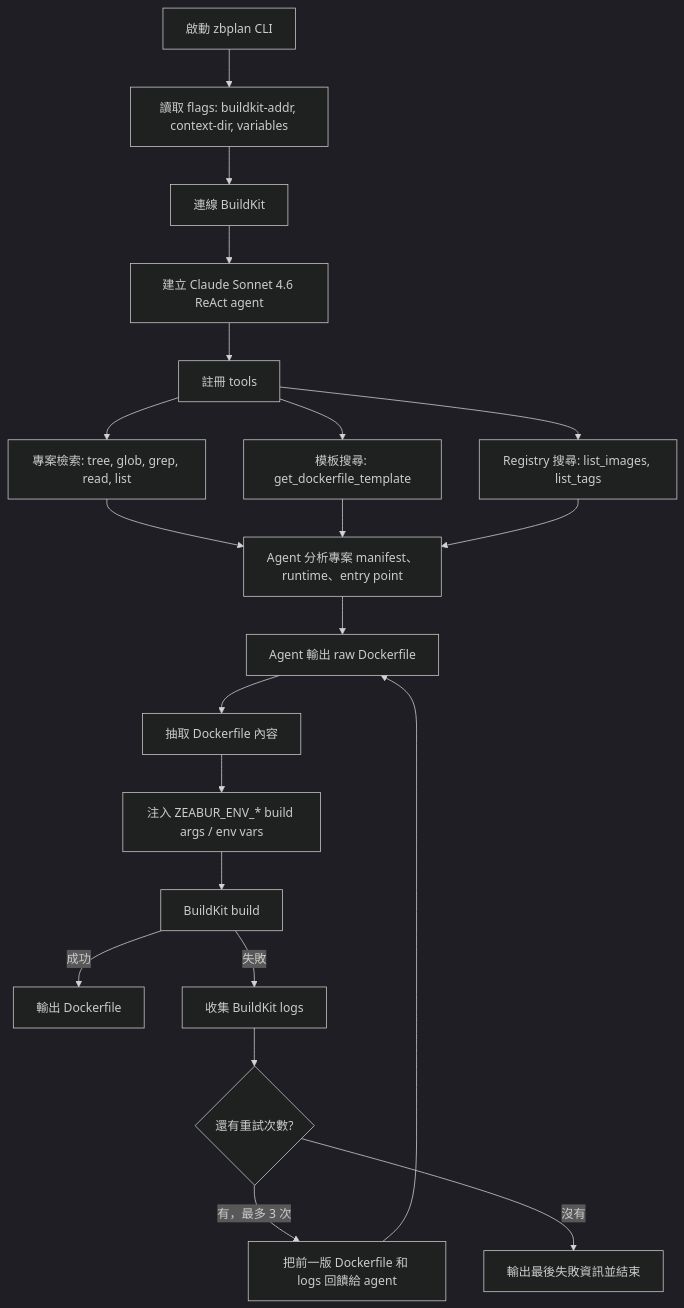
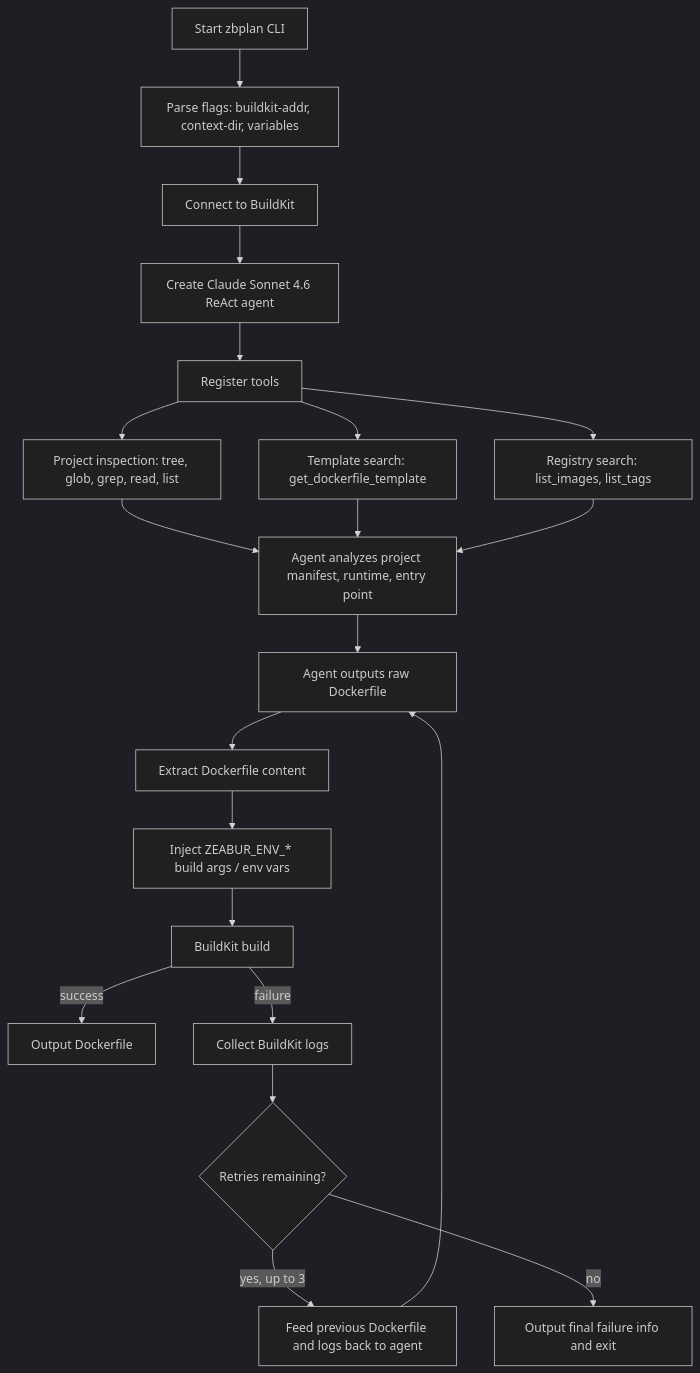
One commit to zeabur/zbplan changed the diagram in README.md. Above: the diagram before and after it, drawn with Mermaid (dark theme). The commit also changed other lines of this file and 1 other file, not shown here.

````diff
--- a/README.md
+++ b/README.md
@@ -31,27 +101,27 @@
 ```mermaid
 flowchart TD
-    A[啟動 zbplan CLI] --> B[讀取 flags: buildkit-addr, context-dir, variables]
-    B --> C[連線 BuildKit]
-    C --> D[建立 Claude Sonnet 4.6 ReAct agent]
-    D --> E[註冊 tools]
+    A[Start zbplan CLI] --> B[Parse flags: buildkit-addr, context-dir, variables]
+    B --> C[Connect to BuildKit]
+    C --> D[Create Claude Sonnet 4.6 ReAct agent]
+    D --> E[Register tools]
 
-    E --> E1[專案檢索: tree, glob, grep, read, list]
-    E --> E2[模板搜尋: get_dockerfile_template]
-    E --> E3[Registry 搜尋: list_images, list_tags]
+    E --> E1[Project inspection: tree, glob, grep, read, list]
+    E --> E2[Template search: get_dockerfile_template]
+    E --> E3[Registry search: list_images, list_tags]
 
-    E1 --> F[Agent 分析專案 manifest、runtime、entry point]
+    E1 --> F[Agent analyzes project manifest, runtime, entry point]
     E2 --> F
     E3 --> F
 
-    F --> G[Agent 輸出 raw Dockerfile]
-    G --> H[抽取 Dockerfile 內容]
-    H --> I[注入 ZEABUR_ENV_* build args / env vars]
+    F --> G[Agent outputs raw Dockerfile]
+    G --> H[Extract Dockerfile content]
+    H --> I[Inject ZEABUR_ENV_* build args / env vars]
     I --> J[BuildKit build]
 
-    J -->|成功| K[輸出 Dockerfile]
-    J -->|失敗| L[收集 BuildKit logs]
-    L --> M{還有重試次數?}
-    M -->|有，最多 3 次| N[把前一版 Dockerfile 和 logs 回饋給 agent]
+    J -->|success| K[Output Dockerfile]
+    J -->|failure| L[Collect BuildKit logs]
+    L --> M{Retries remaining?}
+    M -->|yes, up to 3| N[Feed previous Dockerfile and logs back to agent]
     N --> G
-    M -->|沒有| O[輸出最後失敗資訊並結束]
+    M -->|no| O[Output final failure info and exit]
 ```
````
